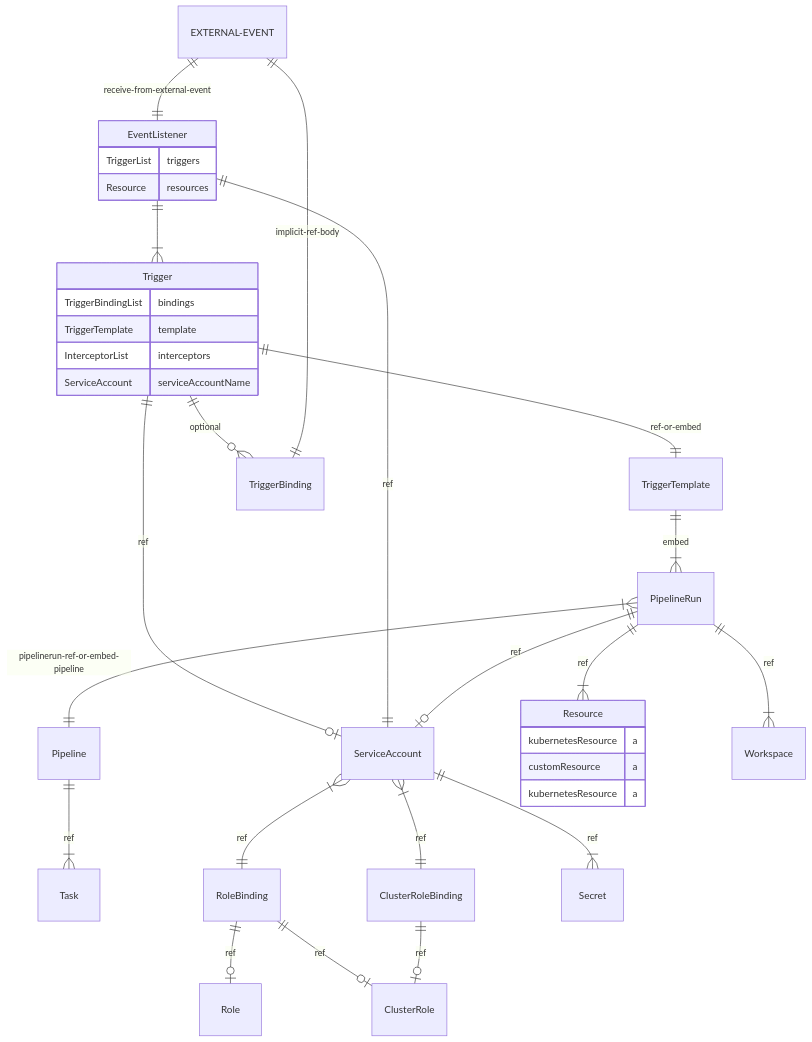
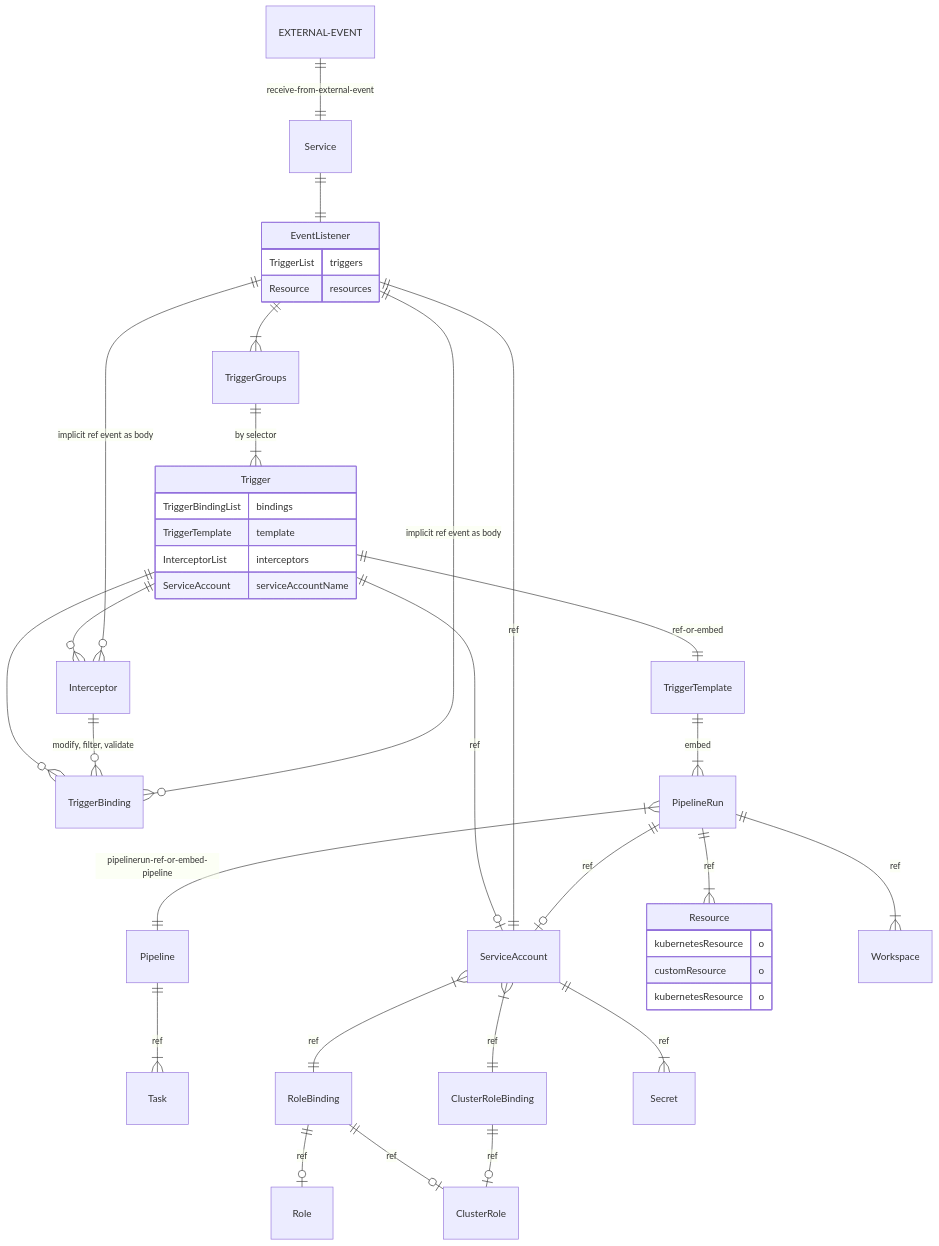
One commit to deptno/public-wiki changed the diagram in tekton.md. Above: the diagram before and after it, drawn with Mermaid. The commit also changed other lines of this file and 3 other files, not shown here.

````diff
--- a/tekton.md
+++ b/tekton.md
@@ -8,38 +8,43 @@
 ```mermaid
 erDiagram
-  EXTERNAL-EVENT ||--|| EventListener : receive-from-external-event
+  EXTERNAL-EVENT ||--|| Service : receive-from-external-event
+  Service ||--|| EventListener : ""
+  EventListener ||--|{ TriggerGroups : ""
+  TriggerGroups ||--|{ Trigger: "by selector"
   Trigger ||--|| TriggerTemplate : ref-or-embed
-  Trigger ||--o{ TriggerBinding : optional
+  Trigger ||--o{ TriggerBinding : ""
+  Trigger ||--o{ Interceptor : ""
+  Interceptor ||--o{ TriggerBinding : "modify, filter, validate"
   Trigger ||--o| ServiceAccount : ref
-  EXTERNAL-EVENT ||--|| TriggerBinding : implicit-ref-body
-  EventListener ||--|{ Trigger : ""
+  EventListener ||--o{ TriggerBinding : "implicit ref event as body"
+  EventListener ||--o{ Interceptor : "implicit ref event as body"
   TriggerTemplate ||--|{ PipelineRun : embed
   EventListener ||--|| ServiceAccount : ref
   PipelineRun ||--o| ServiceAccount : ref
   PipelineRun }|--|| Pipeline : pipelinerun-ref-or-embed-pipeline
   PipelineRun ||--|{ Resource : ref
   PipelineRun ||--|{ Workspace : ref
   Pipeline ||--|{ Task: ref
   ServiceAccount }|--|| RoleBinding : ref
   ServiceAccount }|--|| ClusterRoleBinding : ref
   RoleBinding ||--o| Role : ref
   RoleBinding ||--o| ClusterRole : ref
   ClusterRoleBinding ||--o| ClusterRole : ref
   ServiceAccount ||--|{ Secret : ref
   
   EventListener {
     TriggerList triggers
     Resource resources
   }
   Trigger {
     TriggerBindingList bindings
     TriggerTemplate template
     InterceptorList interceptors
     ServiceAccount serviceAccountName
   }
   Resource {
-    kubernetesResource a
-    customResource a
-    kubernetesResource a
+    kubernetesResource o
+    customResource o
+    kubernetesResource o
   }
 ```
````
